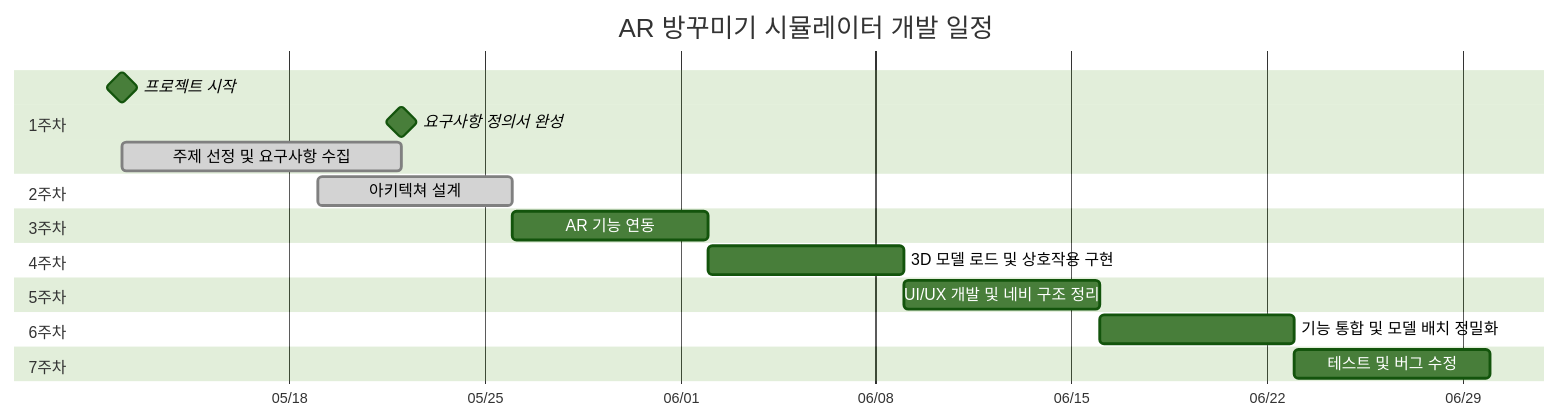
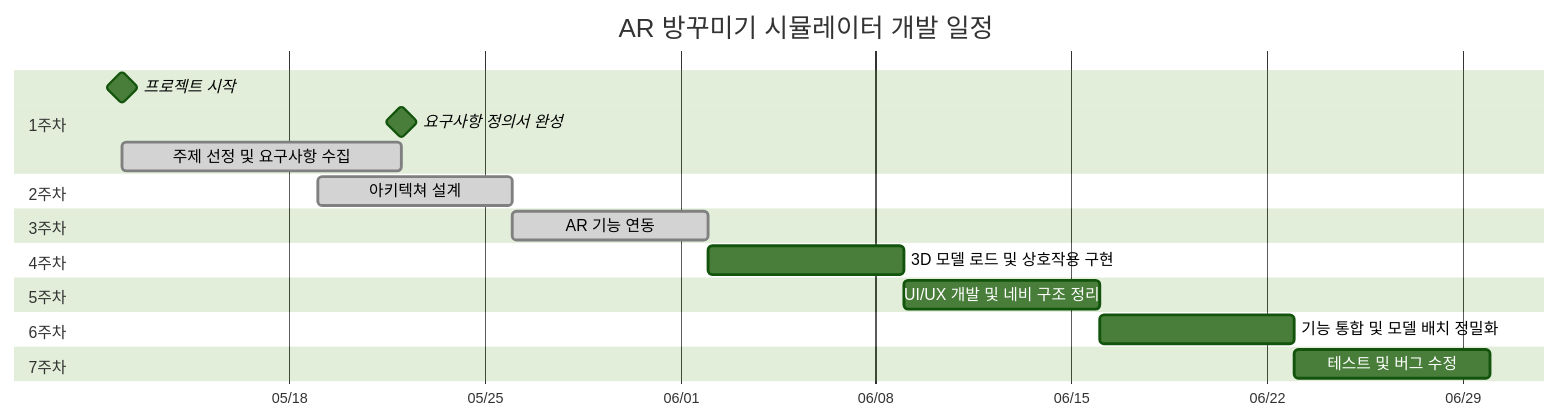
Before and after one commit to YOUHEETAE/AR-Room-Decorator: the second of 5 diagrams in 프로젝트 계획서v4.1.md, drawn with Mermaid (forest theme). The commit also changed other lines of this file, not shown here.

````diff
--- a/프로젝트 계획서v4.1.md
+++ b/프로젝트 계획서v4.1.md
@@ -94,22 +117,22 @@
 ```mermaid
 gantt
     title AR 방꾸미기 시뮬레이터 개발 일정
     dateFormat  YYYY-MM-DD
     axisFormat  %m/%d
     section 1주차
     프로젝트 시작            :milestone, 2025-05-12, 0d
     요구사항 정의서 완성            :milestone, 2025-05-22, 0d
     주제 선정 및 요구사항 수집          :done, a1, 2025-05-12, 10d
     section 2주차
     아키텍쳐 설계 :done, a2, 2025-05-19 , 7d
     section 3주차
-    AR 기능 연동                    :a3, after a2, 7d
+    AR 기능 연동                    :done, a3, after a2, 7d
     section 4주차
     3D 모델 로드 및 상호작용 구현       :a4, after a3, 7d
     section 5주차
     UI/UX 개발 및 네비 구조 정리   :a5, after a4, 7d
     section 6주차
     기능 통합 및 모델 배치 정밀화       :a6, after a5, 7d
     section 7주차
     테스트 및 버그 수정               :a7, after a6, 7d
 ```
````
